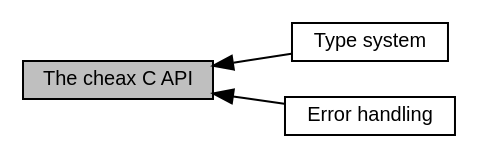
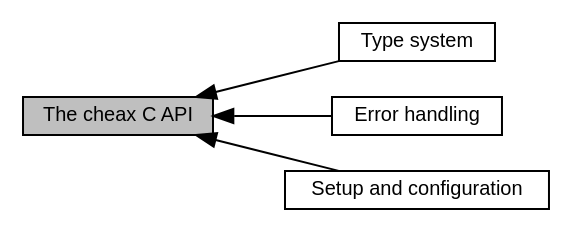
One commit to antonijn/cheax changed the diagram in group__Cheax.dot. Above: the diagram before and after it, drawn with Graphviz. The commit also changed 105 other files, not shown here.

```diff
--- a/group__Cheax.dot
+++ b/group__Cheax.dot
@@ -1,11 +1,13 @@
 digraph "The cheax C API"
 {
   edge [fontname="Helvetica",fontsize="10",labelfontname="Helvetica",labelfontsize="10"];
   node [fontname="Helvetica",fontsize="10",shape=box];
   rankdir=LR;
   Node2 [label="Type system",height=0.2,width=0.4,color="black", fillcolor="white", style="filled",URL="$group__TypeSystem.html",tooltip="Functions and datastructures to create, examine and manipulate cheax expressions and their types."];
   Node1 [label="The cheax C API",height=0.2,width=0.4,color="black", fillcolor="grey75", style="filled", fontcolor="black",tooltip="API functions to interface with cheax from C/C++."];
   Node3 [label="Error handling",height=0.2,width=0.4,color="black", fillcolor="white", style="filled",URL="$group__ErrorHandling.html",tooltip="Error codes and ways to deal with them."];
+  Node4 [label="Setup and configuration",height=0.2,width=0.4,color="black", fillcolor="white", style="filled",URL="$group__SetupConfig.html",tooltip="Functions and datastructures to initialize, clean up and configure a cheax virtual machine instance."];
   Node1->Node2 [shape=plaintext, dir="back", style="solid"];
   Node1->Node3 [shape=plaintext, dir="back", style="solid"];
+  Node1->Node4 [shape=plaintext, dir="back", style="solid"];
 }
```
